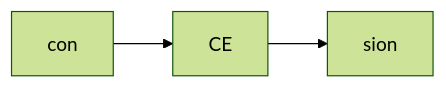
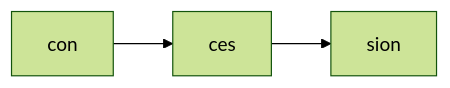
The first of 5 diagrams in slides_backup/托业单词/20260630/04.md (seki999/DialogueFlow), drawn with Mermaid (forest theme) before and after one commit. The commit also changed other lines of this file and 28 other files, not shown here.

````diff
--- a/slides_backup/托业单词/20260630/04.md
+++ b/slides_backup/托业单词/20260630/04.md
@@ -17,5 +19,5 @@
 ```mermaid
 flowchart LR
-    A[con] --> B[CE]
+    A[con] --> B[ces]
     B --> C[sion]
 ```
````
